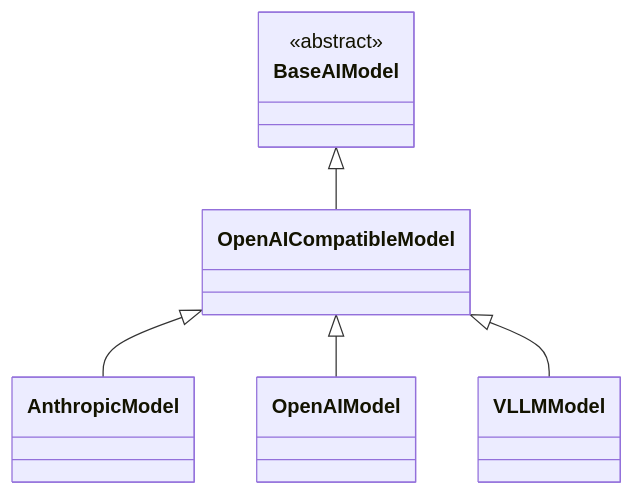
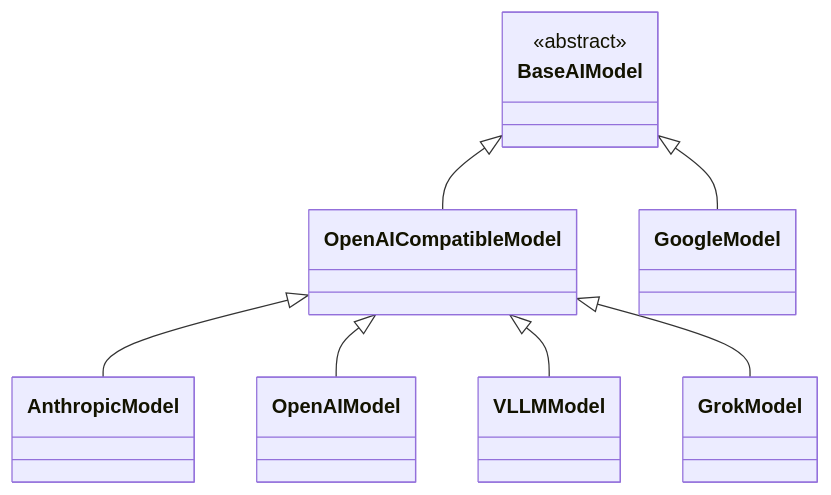
The first of 2 diagrams in README.md (alea-institute/alea-llm-client), drawn with Mermaid before and after one commit. The commit also changed other lines of this file and 4 other files, not shown here.

````diff
--- a/README.md
+++ b/README.md
@@ -126,15 +128,19 @@
 ```mermaid
 classDiagram
     BaseAIModel <|-- OpenAICompatibleModel
     OpenAICompatibleModel <|-- AnthropicModel
     OpenAICompatibleModel <|-- OpenAIModel
     OpenAICompatibleModel <|-- VLLMModel
+    OpenAICompatibleModel <|-- GrokModel
+    BaseAIModel <|-- GoogleModel
 
     class BaseAIModel {
         <<abstract>>
     }
     class OpenAICompatibleModel
     class AnthropicModel
     class OpenAIModel
     class VLLMModel
+    class GrokModel
+    class GoogleModel
 ```
````
